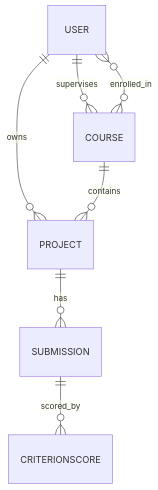
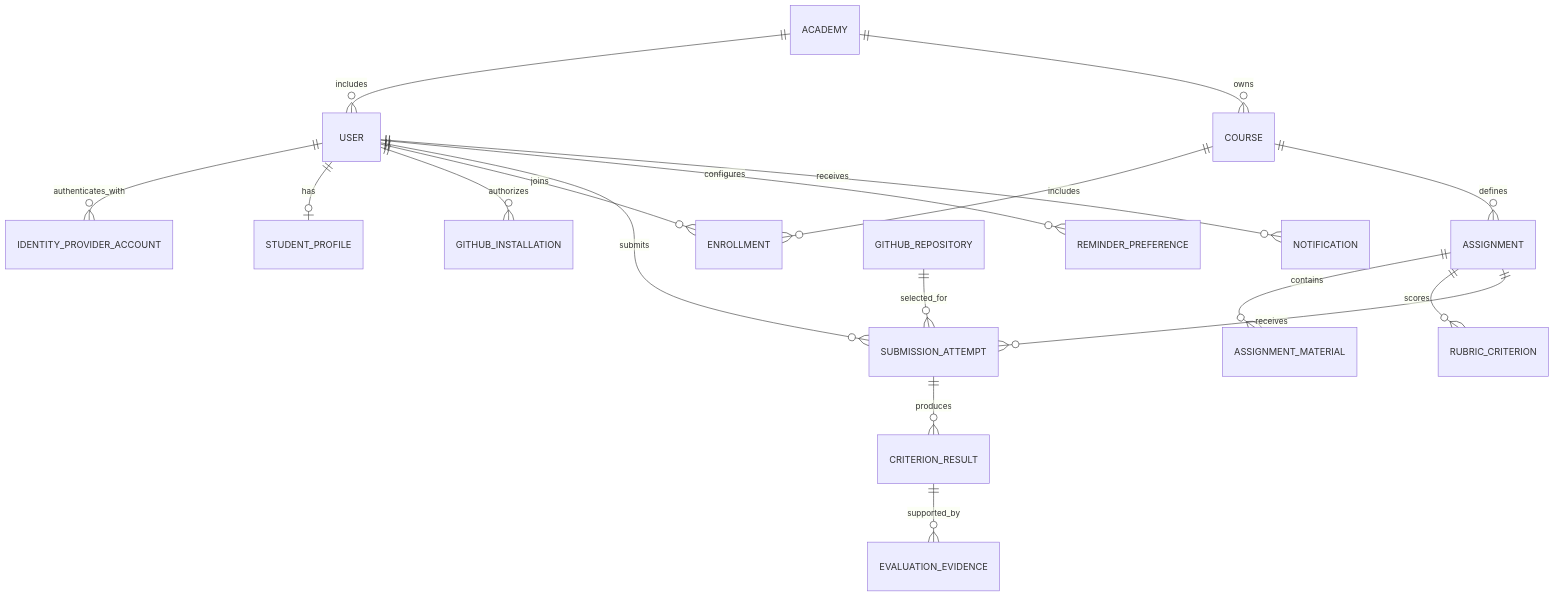
Before and after one commit to Jay-Shuhari/nirvana: the diagram in docs/Data-Model.md, drawn with Mermaid. The commit also changed other lines of this file and 54 other files, not shown here.

````diff
--- a/docs/Data-Model.md
+++ b/docs/Data-Model.md
@@ -3,9 +7,20 @@
 ```mermaid
 erDiagram
-  USER ||--o{ COURSE : supervises
-  USER }o--o{ COURSE : enrolled_in
-  USER ||--o{ PROJECT : owns
-  COURSE ||--o{ PROJECT : contains
-  PROJECT ||--o{ SUBMISSION : has
-  SUBMISSION ||--o{ CRITERIONSCORE : scored_by
+  ACADEMY ||--o{ USER : includes
+  USER ||--o{ IDENTITY_PROVIDER_ACCOUNT : authenticates_with
+  USER ||--o| STUDENT_PROFILE : has
+  USER ||--o{ GITHUB_INSTALLATION : authorizes
+  ACADEMY ||--o{ COURSE : owns
+  COURSE ||--o{ ENROLLMENT : includes
+  USER ||--o{ ENROLLMENT : joins
+  COURSE ||--o{ ASSIGNMENT : defines
+  ASSIGNMENT ||--o{ ASSIGNMENT_MATERIAL : contains
+  ASSIGNMENT ||--o{ RUBRIC_CRITERION : scores
+  ASSIGNMENT ||--o{ SUBMISSION_ATTEMPT : receives
+  USER ||--o{ SUBMISSION_ATTEMPT : submits
+  GITHUB_REPOSITORY ||--o{ SUBMISSION_ATTEMPT : selected_for
+  SUBMISSION_ATTEMPT ||--o{ CRITERION_RESULT : produces
+  CRITERION_RESULT ||--o{ EVALUATION_EVIDENCE : supported_by
+  USER ||--o{ REMINDER_PREFERENCE : configures
+  USER ||--o{ NOTIFICATION : receives
 ```
````
